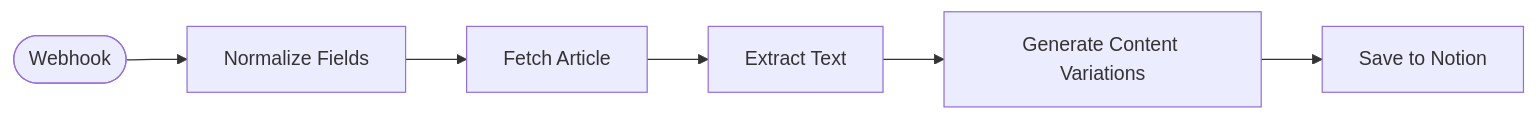
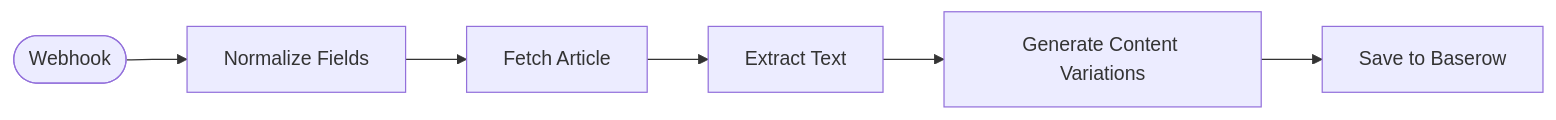
Before and after one commit to whybothercoding/n8n-smb-workflows: the diagram in workflows/social/content-repurpose-pipeline/README.md, drawn with Mermaid. The commit also changed other lines of this file and 18 other files, not shown here.

````diff
--- a/workflows/social/content-repurpose-pipeline/README.md
+++ b/workflows/social/content-repurpose-pipeline/README.md
@@ -30,14 +30,14 @@
 ```mermaid
 flowchart LR
     n0(["Webhook"])
     n1["Normalize Fields"]
     n2["Fetch Article"]
     n3["Extract Text"]
     n4["Generate Content Variations"]
-    n5["Save to Notion"]
+    n5["Save to Baserow"]
     n0 --> n1
     n1 --> n2
     n2 --> n3
     n3 --> n4
     n4 --> n5
 ```
````
